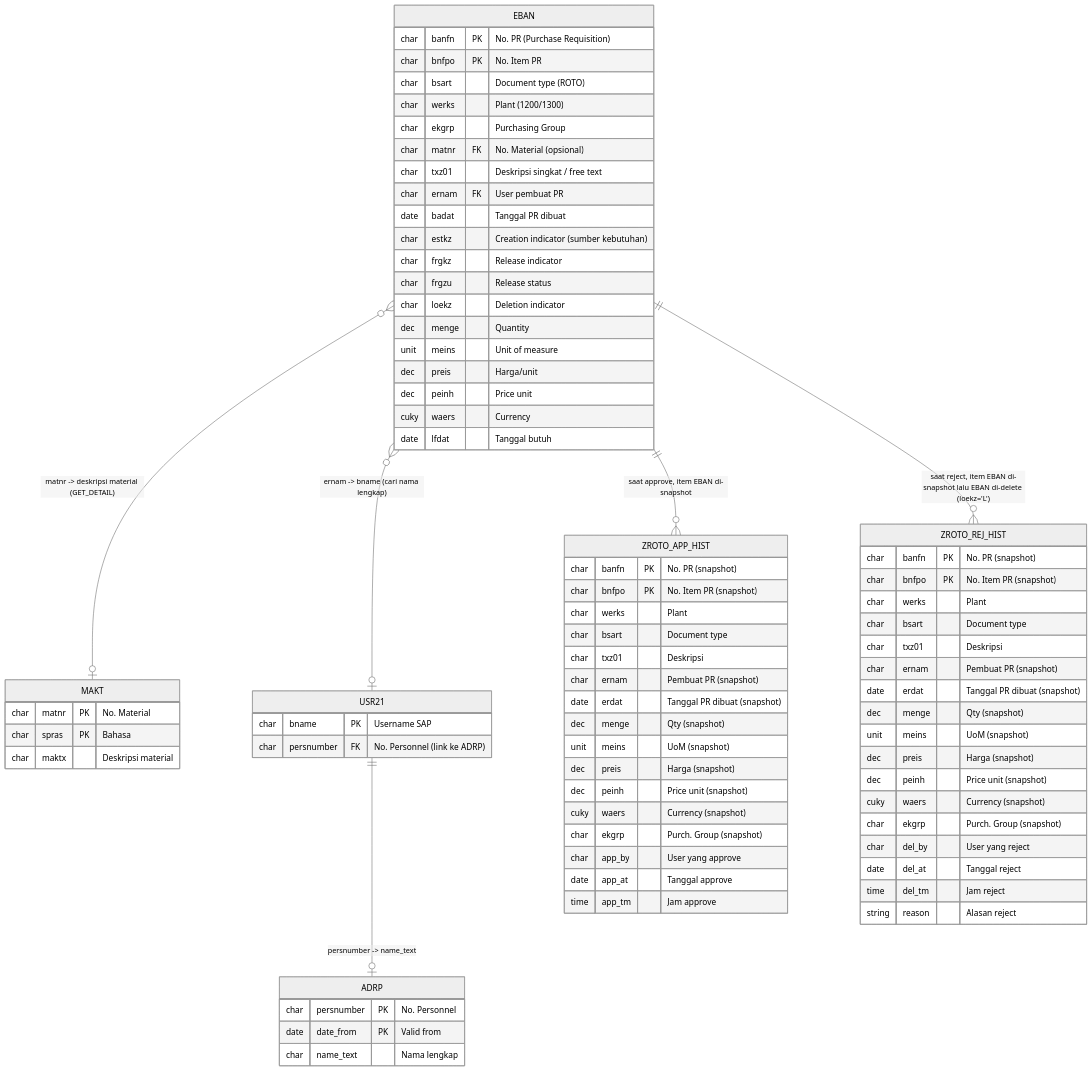
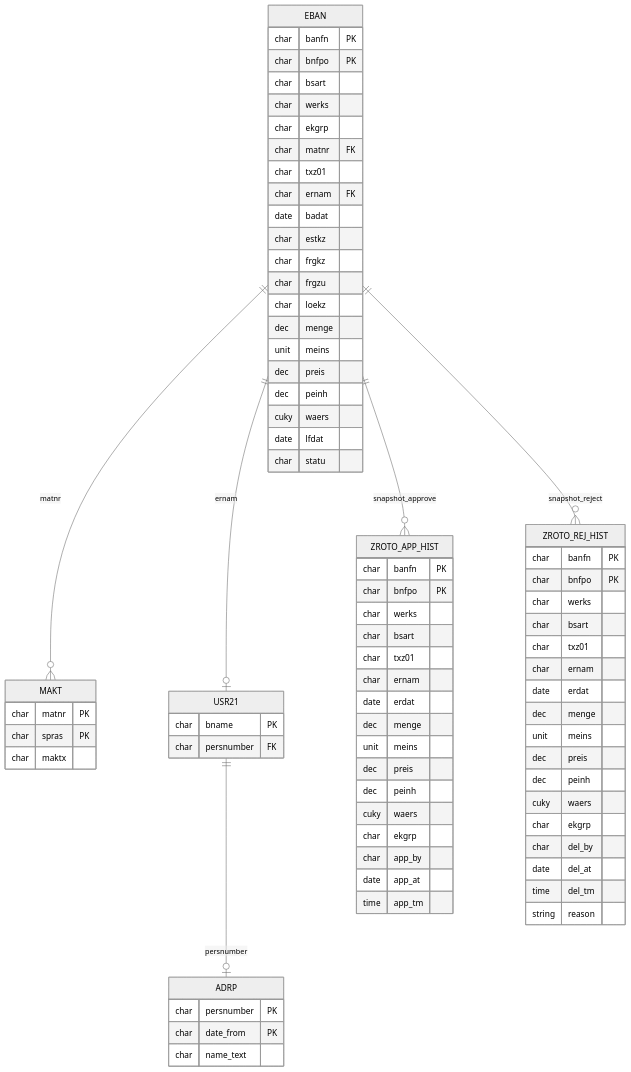
The diagram in documentation/business-process.md (bagusbatra/breakdown-roto-sap), drawn with Mermaid (neutral theme) before and after one commit. The commit also changed other lines of this file and 6 other files, not shown here.

````diff
--- a/documentation/business-process.md
+++ b/documentation/business-process.md
@@ -160,86 +194,87 @@
 ```mermaid
 erDiagram
     EBAN {
-        char banfn PK "No. PR (Purchase Requisition)"
-        char bnfpo PK "No. Item PR"
-        char bsart "Document type (ROTO)"
-        char werks "Plant (1200/1300)"
-        char ekgrp "Purchasing Group"
-        char matnr FK "No. Material (opsional)"
-        char txz01 "Deskripsi singkat / free text"
-        char ernam FK "User pembuat PR"
-        date badat "Tanggal PR dibuat"
-        char estkz "Creation indicator (sumber kebutuhan)"
-        char frgkz "Release indicator"
-        char frgzu "Release status"
-        char loekz "Deletion indicator"
-        dec  menge "Quantity"
-        unit meins "Unit of measure"
-        dec  preis "Harga/unit"
-        dec  peinh "Price unit"
-        cuky waers "Currency"
-        date lfdat "Tanggal butuh"
+        char banfn PK
+        char bnfpo PK
+        char bsart
+        char werks
+        char ekgrp
+        char matnr FK
+        char txz01
+        char ernam FK
+        date badat
+        char estkz
+        char frgkz
+        char frgzu
+        char loekz
+        dec  menge
+        unit meins
+        dec  preis
+        dec  peinh
+        cuky waers
+        date lfdat
+        char statu
     }
 
     MAKT {
-        char matnr PK "No. Material"
-        char spras PK "Bahasa"
-        char maktx "Deskripsi material"
+        char matnr PK
+        char spras PK
+        char maktx
     }
 
     USR21 {
-        char bname PK "Username SAP"
-        char persnumber FK "No. Personnel (link ke ADRP)"
+        char bname PK
+        char persnumber FK
     }
 
     ADRP {
-        char persnumber PK "No. Personnel"
-        date date_from PK "Valid from"
-        char name_text "Nama lengkap"
+        char persnumber PK
+        char date_from PK
+        char name_text
     }
 
     ZROTO_APP_HIST {
-        char banfn PK "No. PR (snapshot)"
-        char bnfpo PK "No. Item PR (snapshot)"
-        char werks "Plant"
-        char bsart "Document type"
-        char txz01 "Deskripsi"
-        char ernam "Pembuat PR (snapshot)"
-        date erdat "Tanggal PR dibuat (snapshot)"
-        dec  menge "Qty (snapshot)"
-        unit meins "UoM (snapshot)"
-        dec  preis "Harga (snapshot)"
-        dec  peinh "Price unit (snapshot)"
-        cuky waers "Currency (snapshot)"
-        char ekgrp "Purch. Group (snapshot)"
-        char app_by "User yang approve"
-        date app_at "Tanggal approve"
-        time app_tm "Jam approve"
+        char banfn PK
+        char bnfpo PK
+        char werks
+        char bsart
+        char txz01
+        char ernam
+        date erdat
+        dec  menge
+        unit meins
+        dec  preis
+        dec  peinh
+        cuky waers
+        char ekgrp
+        char app_by
+        date app_at
+        time app_tm
     }
 
     ZROTO_REJ_HIST {
-        char banfn PK "No. PR (snapshot)"
-        char bnfpo PK "No. Item PR (snapshot)"
-        char werks "Plant"
-        char bsart "Document type"
-        char txz01 "Deskripsi"
-        char ernam "Pembuat PR (snapshot)"
-        date erdat "Tanggal PR dibuat (snapshot)"
-        dec  menge "Qty (snapshot)"
-        unit meins "UoM (snapshot)"
-        dec  preis "Harga (snapshot)"
-        dec  peinh "Price unit (snapshot)"
-        cuky waers "Currency (snapshot)"
-        char ekgrp "Purch. Group (snapshot)"
-        char del_by "User yang reject"
-        date del_at "Tanggal reject"
-        time del_tm "Jam reject"
-        string reason "Alasan reject"
+        char banfn PK
+        char bnfpo PK
+        char werks
+        char bsart
+        char txz01
+        char ernam
+        date erdat
+        dec  menge
+        unit meins
+        dec  preis
+        dec  peinh
+        cuky waers
+        char ekgrp
+        char del_by
+        date del_at
+        time del_tm
+        string reason
     }
 
-    EBAN }o--o| MAKT : "matnr -> deskripsi material (GET_DETAIL)"
-    EBAN }o--o| USR21 : "ernam -> bname (cari nama lengkap)"
-    USR21 ||--o| ADRP : "persnumber -> name_text"
-    EBAN ||--o{ ZROTO_APP_HIST : "saat approve, item EBAN di-snapshot"
-    EBAN ||--o{ ZROTO_REJ_HIST : "saat reject, item EBAN di-snapshot lalu EBAN di-delete (loekz='L')"
+    EBAN ||--o{ MAKT : matnr
+    EBAN ||--o| USR21 : ernam
+    USR21 ||--o| ADRP : persnumber
+    EBAN ||--o{ ZROTO_APP_HIST : snapshot_approve
+    EBAN ||--o{ ZROTO_REJ_HIST : snapshot_reject
 ```
````
